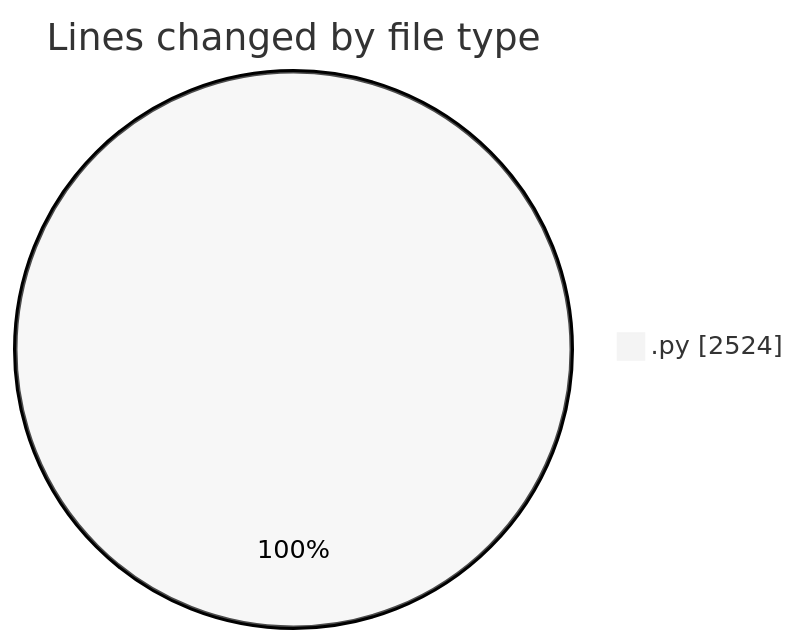
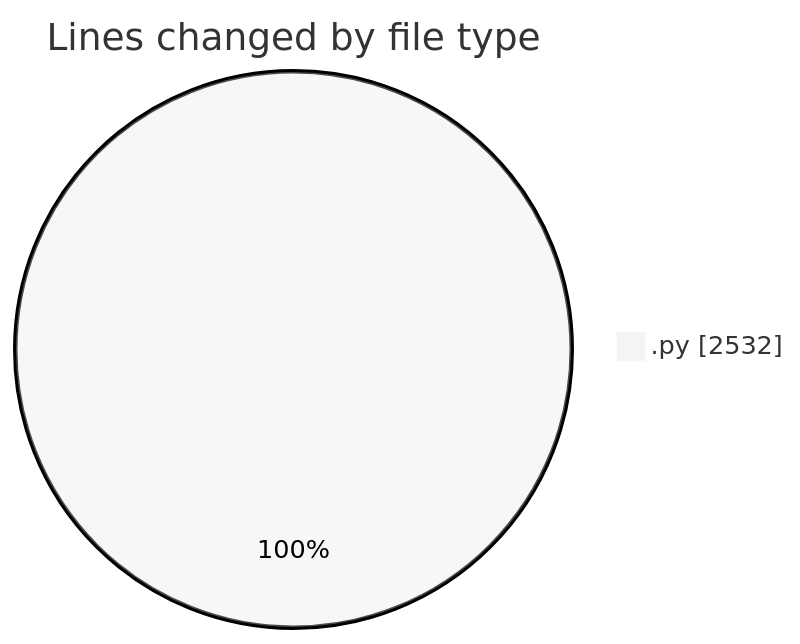
Before and after one commit to Ritupan-Deka/code-tracking: the first of 2 diagrams in 2026-01-11/dsa/README.md, drawn with Mermaid (neutral theme). The commit also changed other lines of this file and 1 other file, not shown here.

````diff
--- a/2026-01-11/dsa/README.md
+++ b/2026-01-11/dsa/README.md
@@ -21,5 +21,5 @@
 ```mermaid
 pie showData
 title Lines changed by file type
-".py" : 2524
+".py" : 2532
 ```
````
